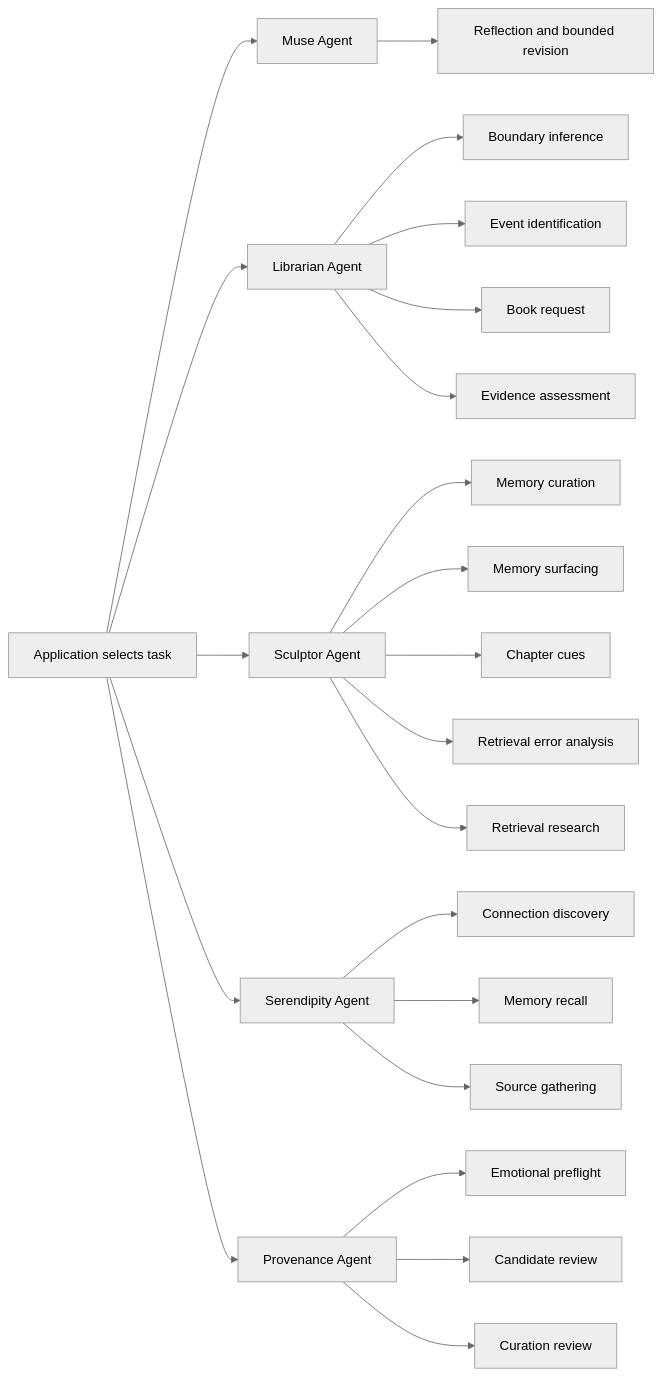
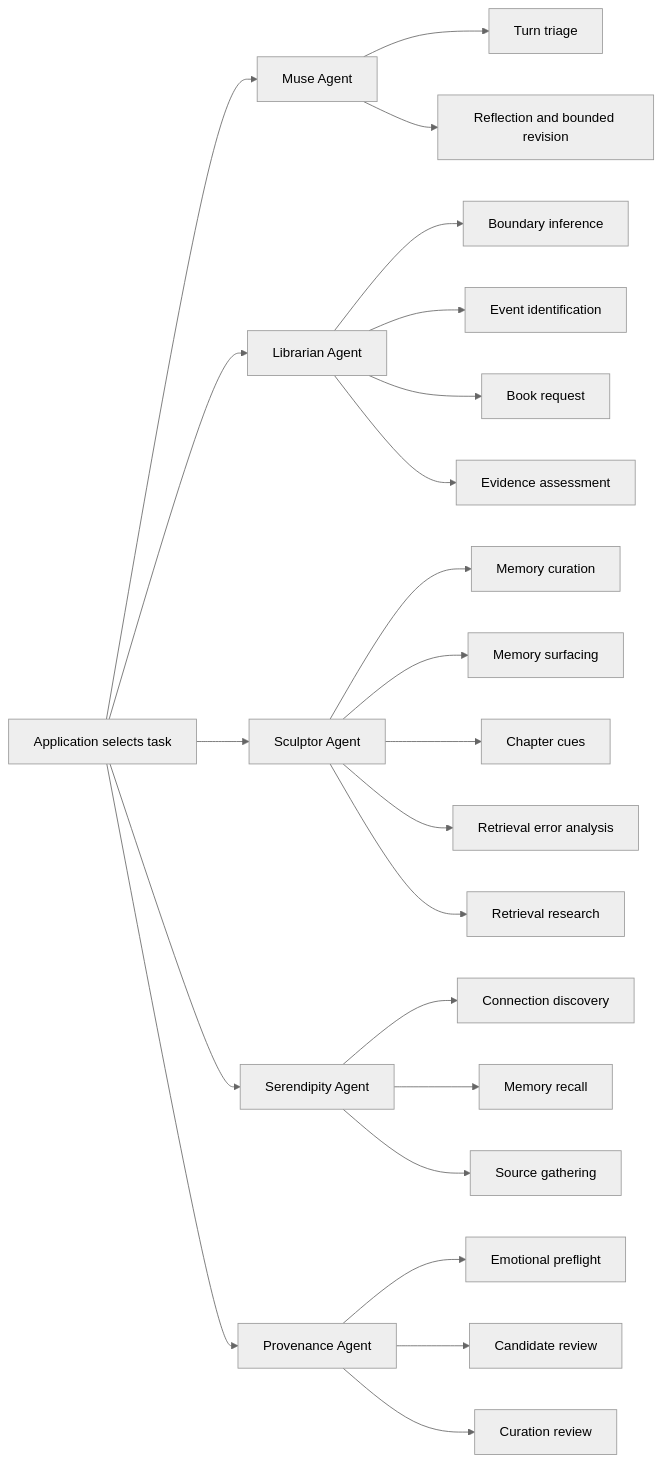
The first of 2 diagrams in docs/agent-skills.md (DesmondChoy/linger), drawn with Mermaid (neutral theme) before and after one commit. The commit also changed other lines of this file and 24 other files, not shown here.

````diff
--- a/docs/agent-skills.md
+++ b/docs/agent-skills.md
@@ -38,24 +38,25 @@
 ```mermaid
 flowchart LR
     App[Application selects task] --> Muse[Muse Agent]
     App --> Librarian[Librarian Agent]
     App --> Sculptor[Sculptor Agent]
     App --> Serendipity[Serendipity Agent]
     App --> Provenance[Provenance Agent]
+    Muse --> Triage[Turn triage]
     Muse --> Reflection[Reflection and bounded revision]
     Librarian --> Boundary[Boundary inference]
     Librarian --> Identify[Event identification]
     Librarian --> Request[Book request]
     Librarian --> Strength[Evidence assessment]
     Sculptor --> Curation[Memory curation]
     Sculptor --> Surfacing[Memory surfacing]
     Sculptor --> Cues[Chapter cues]
     Sculptor --> ErrorAnalysis[Retrieval error analysis]
     Sculptor --> Research[Retrieval research]
     Serendipity --> Connection[Connection discovery]
     Serendipity --> Recall[Memory recall]
     Serendipity --> Gathering[Source gathering]
     Provenance --> Preflight[Emotional preflight]
     Provenance --> Candidate[Candidate review]
     Provenance --> CurationReview[Curation review]
 ```
````
